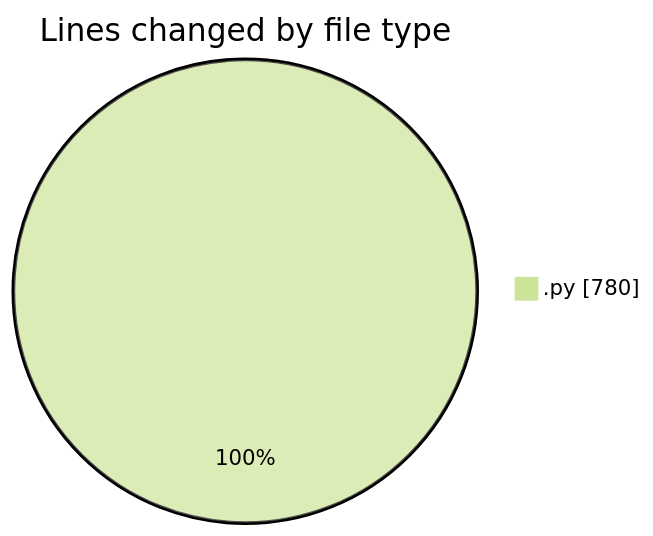
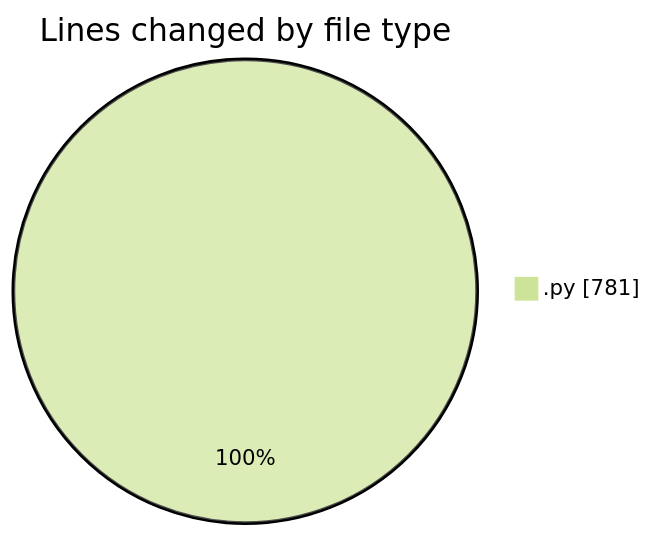
Before and after one commit to julien-gomy/code-tracking: the first of 2 diagrams in 2025-10-22/eventscop-api-guide__workspace_/README.md, drawn with Mermaid (forest theme). The commit also changed other lines of this file and 1 other file, not shown here.

````diff
--- a/2025-10-22/eventscop-api-guide__workspace_/README.md
+++ b/2025-10-22/eventscop-api-guide__workspace_/README.md
@@ -35,5 +35,5 @@
 ```mermaid
 pie showData
 title Lines changed by file type
-".py" : 780
+".py" : 781
 ```
````
